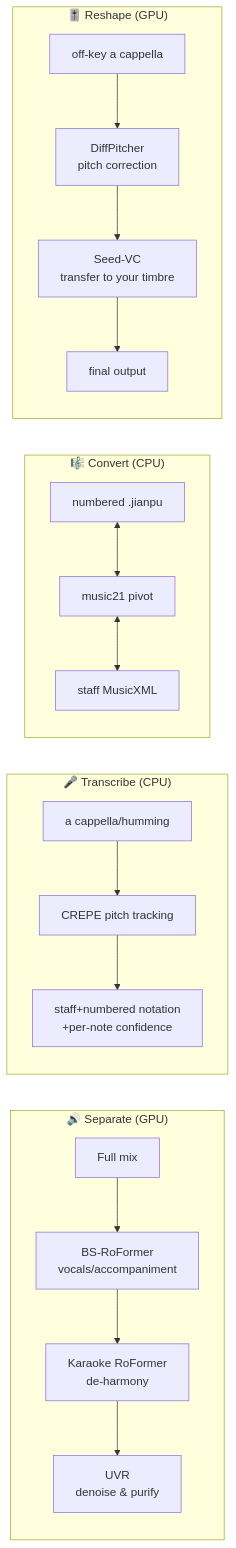
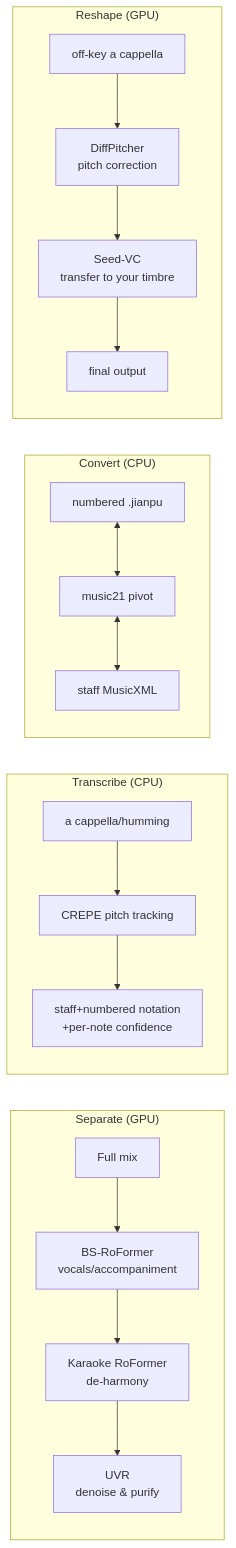
Before and after one commit to Cohenjikan/MusicMaster: the first of 2 diagrams in README.en.md, drawn with Mermaid. The commit also changed other lines of this file and 1 other file, not shown here.

````diff
--- a/README.en.md
+++ b/README.en.md
@@ -209,15 +209,15 @@
 ```mermaid
 flowchart LR
-  subgraph Separate["🔊 Separate (GPU)"]
+  subgraph Separate["Separate (GPU)"]
     A1[Full mix] --> A2[BS-RoFormer<br/>vocals/accompaniment] --> A3[Karaoke RoFormer<br/>de-harmony] --> A4[UVR<br/>denoise & purify]
   end
-  subgraph Transcribe["🎤 Transcribe (CPU)"]
+  subgraph Transcribe["Transcribe (CPU)"]
     B1[a cappella/humming] --> B2[CREPE pitch tracking] --> B3[staff+numbered notation<br/>+per-note confidence]
   end
-  subgraph Convert["🎼 Convert (CPU)"]
+  subgraph Convert["Convert (CPU)"]
     C1[numbered .jianpu] <--> C2[music21 pivot] <--> C3[staff MusicXML]
   end
-  subgraph Reshape["🎚️ Reshape (GPU)"]
+  subgraph Reshape["Reshape (GPU)"]
     D1[off-key a cappella] --> D2[DiffPitcher<br/>pitch correction] --> D3[Seed-VC<br/>transfer to your timbre] --> D4[final output]
   end
 ```
````
